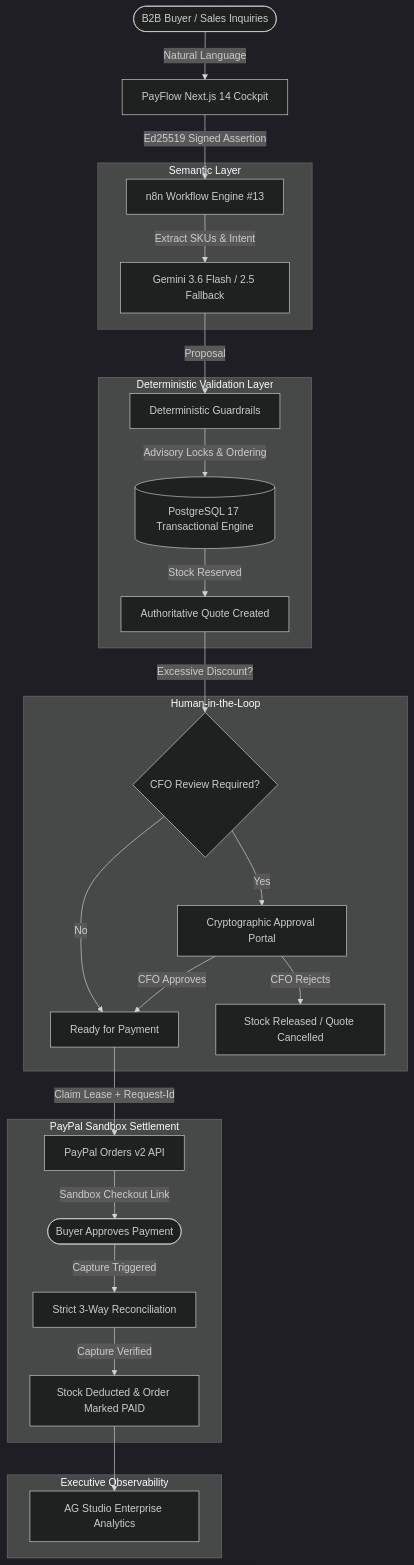
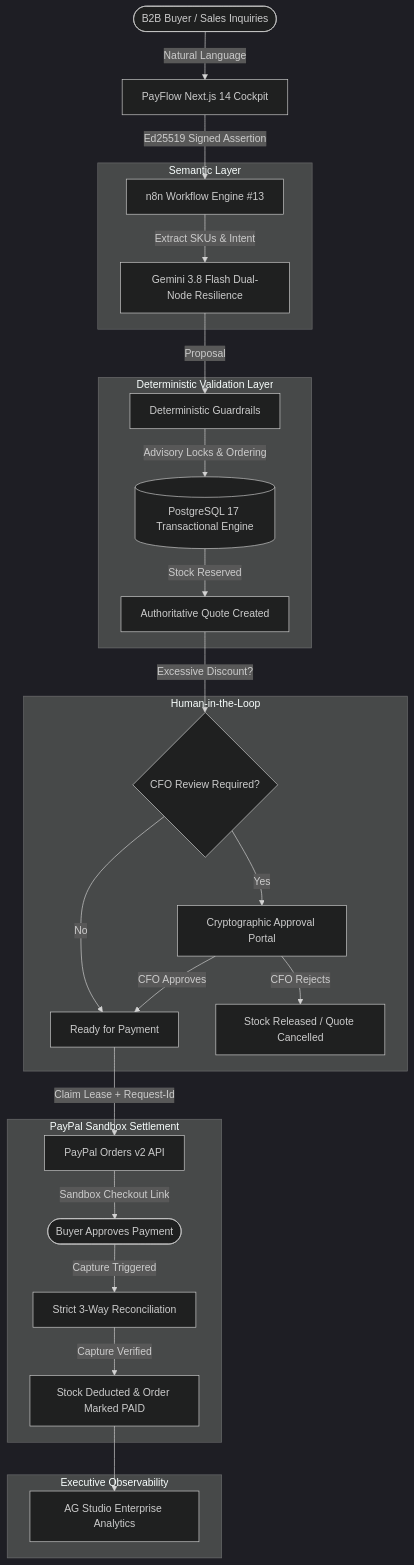
The diagram in README.md (Robe092/MAD), drawn with Mermaid (dark theme) before and after one commit. The commit also changed other lines of this file and 2 other files, not shown here.

Commit message:
feat(ai): lock state-of-the-art Gemini 3.8 Flash across primary and fallback nodes

````diff
--- a/README.md
+++ b/README.md
@@ -32,34 +32,34 @@
 ```mermaid
 flowchart TD
     Buyer([B2B Buyer / Sales Inquiries]) -->|Natural Language| Cockpit[PayFlow Next.js 14 Cockpit]
     Cockpit -->|Ed25519 Signed Assertion| Engine[n8n Workflow Engine #13]
     
     subgraph AI["Semantic Layer"]
-        Engine -->|Extract SKUs & Intent| Gemini[Gemini 3.6 Flash / 2.5 Fallback]
+        Engine -->|Extract SKUs & Intent| Gemini[Gemini 3.8 Flash Dual-Node Resilience]
     end
     
     subgraph Determinism["Deterministic Validation Layer"]
         Gemini -->|Proposal| Guardrails[Deterministic Guardrails]
         Guardrails -->|Advisory Locks & Ordering| DB[(PostgreSQL 17 Transactional Engine)]
         DB -->|Stock Reserved| Quote[Authoritative Quote Created]
     end
     
     subgraph HITL["Human-in-the-Loop"]
         Quote -->|Excessive Discount?| Approval{CFO Review Required?}
         Approval -->|Yes| Gatekeeper[Cryptographic Approval Portal]
         Approval -->|No| Ready[Ready for Payment]
         Gatekeeper -->|CFO Approves| Ready
         Gatekeeper -->|CFO Rejects| Cancelled[Stock Released / Quote Cancelled]
     end
     
     subgraph Settlement["PayPal Sandbox Settlement"]
         Ready -->|Claim Lease + Request-Id| PayPal[PayPal Orders v2 API]
         PayPal -->|Sandbox Checkout Link| Checkout([Buyer Approves Payment])
         Checkout -->|Capture Triggered| Capture[Strict 3-Way Reconciliation]
         Capture -->|Capture Verified| Settle[Stock Deducted & Order Marked PAID]
     end
     
     subgraph Observability["Executive Observability"]
         Settle --> Studio[AG Studio Enterprise Analytics]
     end
 ```
````
